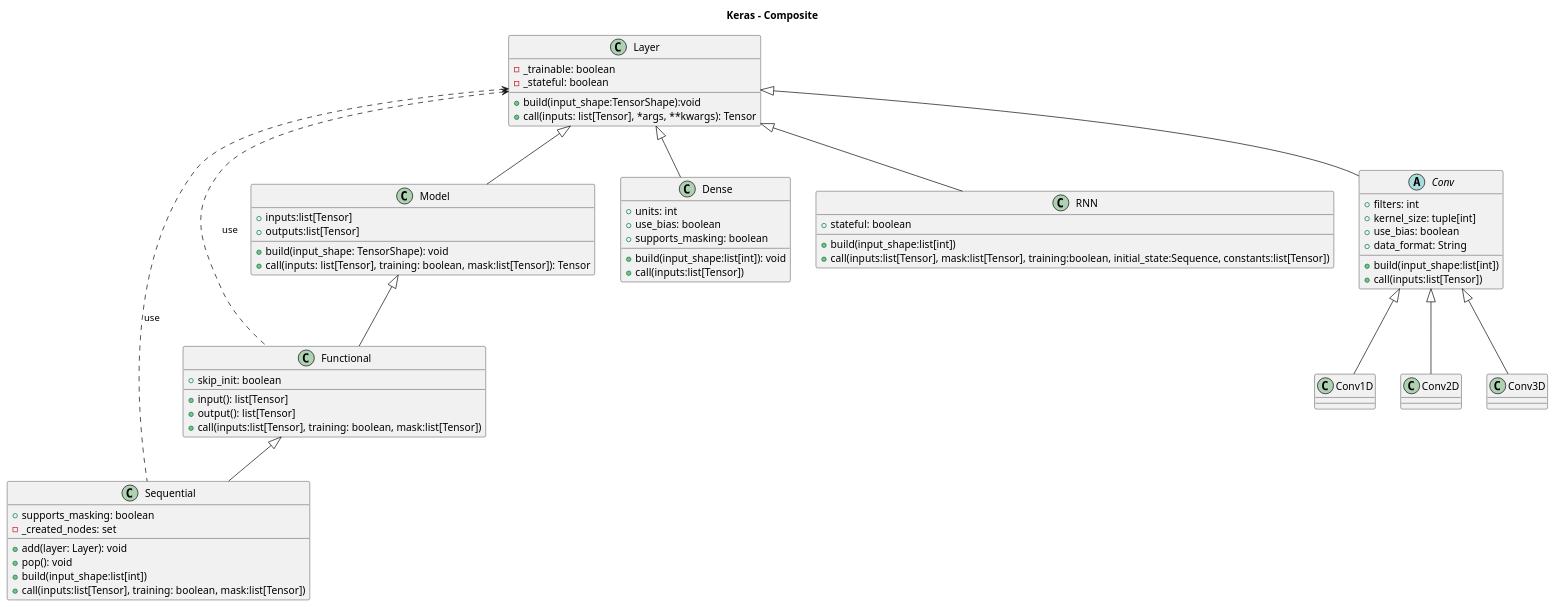
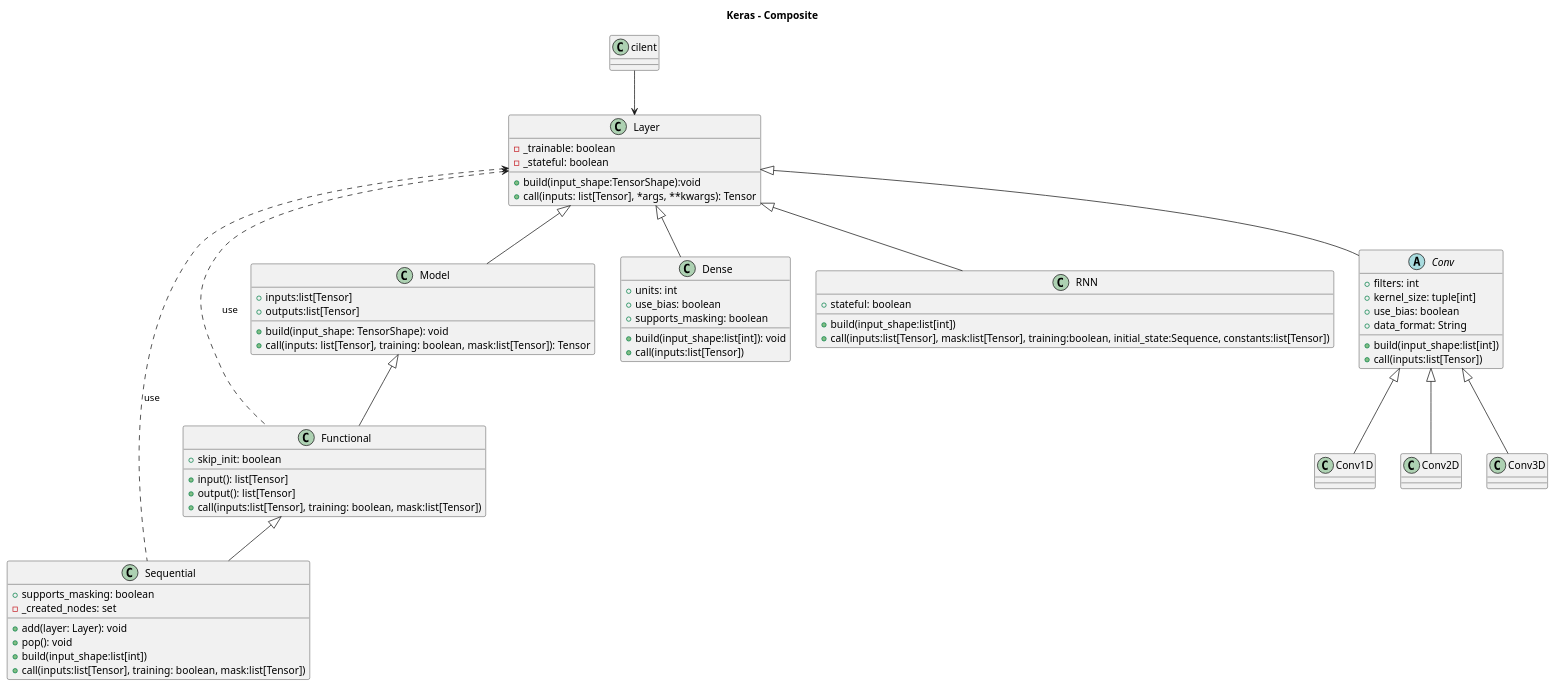
One commit to pholpaphankorn/keras_softarch_assignment changed the diagram in uml_diagram/src/keras_Composite.puml. Above: the diagram before and after it, drawn with PlantUML.

Commit message:
add cilent to diagram

```diff
--- a/uml_diagram/src/keras_Composite.puml
+++ b/uml_diagram/src/keras_Composite.puml
@@ -1,73 +1,76 @@
 @startuml
 
 title Keras - Composite
 
 class Layer {
     +build(input_shape:TensorShape):void
     +call(inputs: list[Tensor], *args, **kwargs): Tensor
     -_trainable: boolean
     -_stateful: boolean
 } 
 
 class Model extends Layer{
     +build(input_shape: TensorShape): void
     +call(inputs: list[Tensor], training: boolean, mask:list[Tensor]): Tensor
     +inputs:list[Tensor]
     +outputs:list[Tensor]
 }
 
 class Dense extends Layer {
     +build(input_shape:list[int]): void
     +call(inputs:list[Tensor])
     +units: int
     +use_bias: boolean
     +supports_masking: boolean
 }
 
 class RNN extends Layer {
     +build(input_shape:list[int])
     +call(inputs:list[Tensor], mask:list[Tensor], training:boolean, initial_state:Sequence, constants:list[Tensor])
     +stateful: boolean
 }
+class cilent{
 
+}
 abstract class Conv extends Layer {
     +build(input_shape:list[int])
     +call(inputs:list[Tensor])
     +filters: int
     +kernel_size: tuple[int]
     +use_bias: boolean
     +data_format: String
 }
 class Conv1D extends Conv{
     
 }
 class Conv2D extends Conv{
 
 }
 class Conv3D extends Conv{
     
 }
 
 class Functional extends Model {
     +input(): list[Tensor]
     +output(): list[Tensor]
     +call(inputs:list[Tensor], training: boolean, mask:list[Tensor])
     +skip_init: boolean
 }
 
 class Sequential extends Functional {
     +add(layer: Layer): void
     +pop(): void
     +build(input_shape:list[int])
     +call(inputs:list[Tensor], training: boolean, mask:list[Tensor])
     +supports_masking: boolean
     -_created_nodes: set
 
 }
 
 Sequential .left.> Layer : use
 Functional .left.> Layer : use
+cilent --> Layer
 
 
 
 @enduml
```
